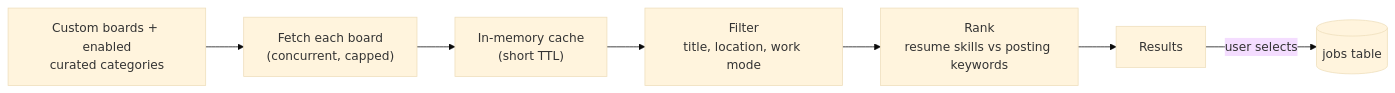
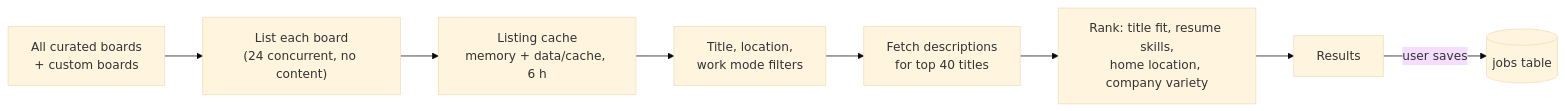
One commit to tlmcguire/fistbump changed the sixth of 8 diagrams in docs/architecture.md. Above: the diagram before and after it, drawn with Mermaid (base theme). The commit also changed other lines of this file and 5 other files, not shown here.

````diff
--- a/docs/architecture.md
+++ b/docs/architecture.md
@@ -204,9 +204,10 @@
 ```mermaid
 flowchart LR
-    Boards["Custom boards + enabled<br/>curated categories"] --> Fetch["Fetch each board<br/>(concurrent, capped)"]
-    Fetch --> Cache["In-memory cache<br/>(short TTL)"]
-    Cache --> Filter["Filter<br/>title, location, work mode"]
-    Filter --> Rank["Rank<br/>resume skills vs posting keywords"]
+    Boards["All curated boards<br/>+ custom boards"] --> List["List each board<br/>(24 concurrent, no content)"]
+    List --> Cache["Listing cache<br/>memory + data/cache, 6 h"]
+    Cache --> Filter["Title, location,<br/>work mode filters"]
+    Filter --> Detail["Fetch descriptions<br/>for top 40 titles"]
+    Detail --> Rank["Rank: title fit, resume skills,<br/>home location, company variety"]
     Rank --> Results[Results]
-    Results -->|user selects| Import[("jobs table")]
+    Results -->|user saves| Import[("jobs table")]
 ```
````
